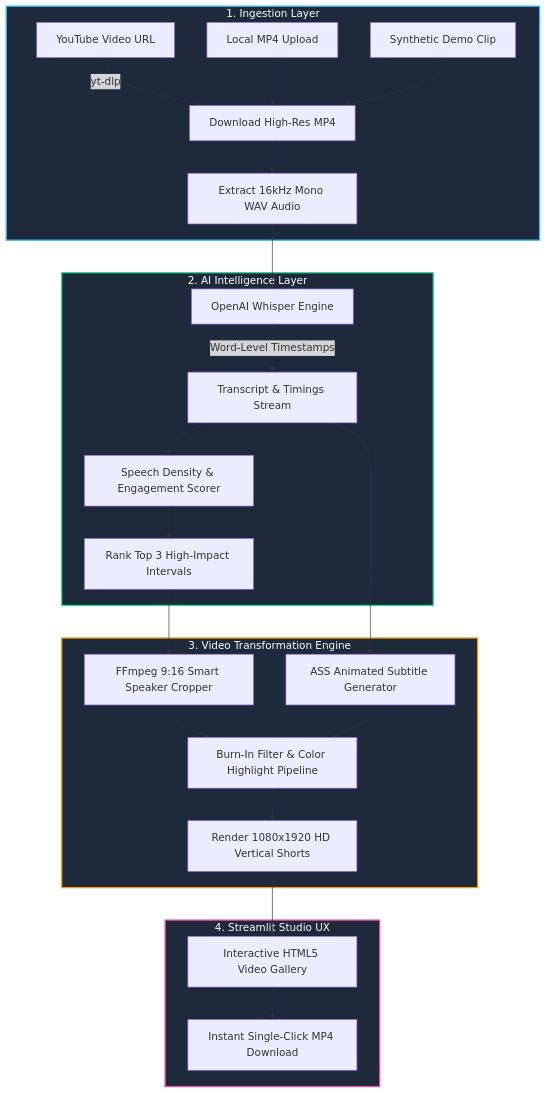
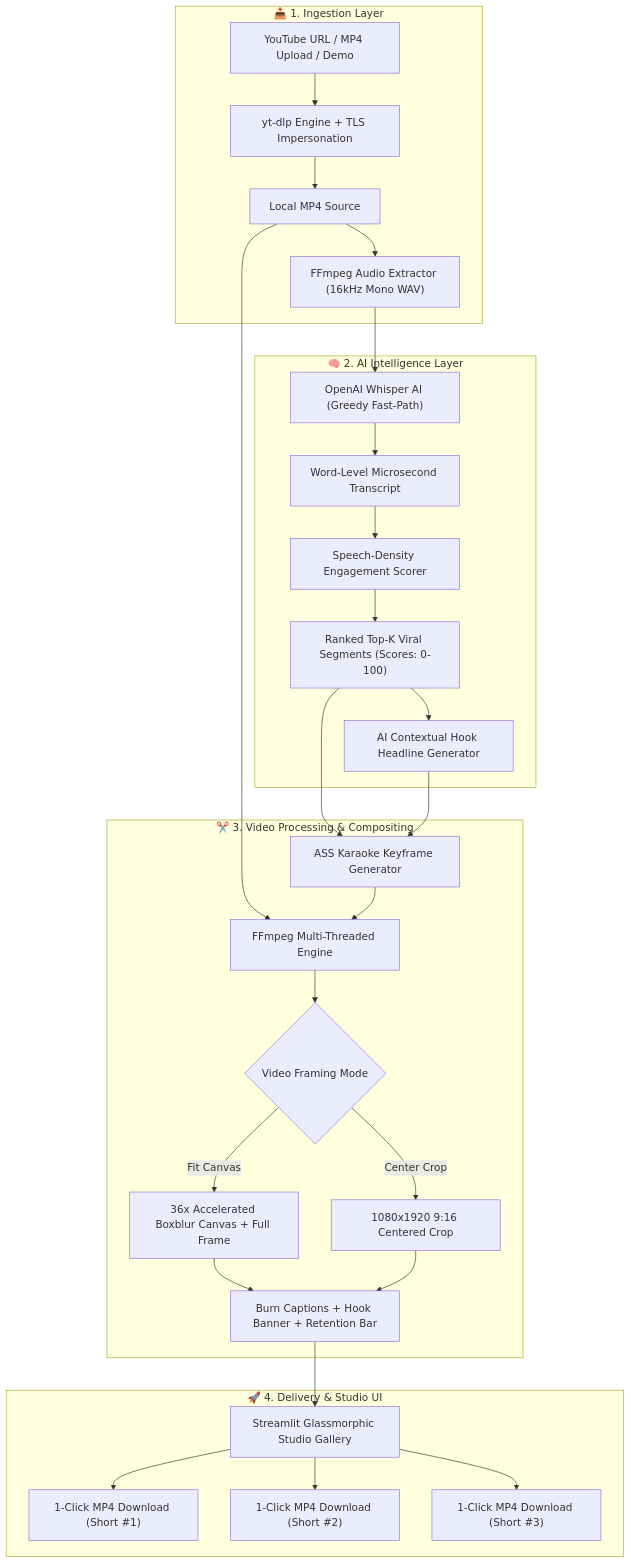
One commit to Anurag-tech22/social-media-autoclipper changed the diagram in README.md. Above: the diagram before and after it, drawn with Mermaid. The commit also changed other lines of this file, not shown here.

Commit message:
docs: upgrade README.md with comprehensive blueprints, architecture diagrams, features and quickstart

````diff
--- a/README.md
+++ b/README.md
@@ -34,33 +56,35 @@
 ```mermaid
 flowchart TD
-    subgraph INGESTION ["1. Ingestion Layer"]
-        A1[YouTube Video URL] -->|yt-dlp| B[Download High-Res MP4]
-        A2[Local MP4 Upload] --> B
-        A3[Synthetic Demo Clip] --> B
-        B --> C[Extract 16kHz Mono WAV Audio]
+    subgraph INGESTION ["📥 1. Ingestion Layer"]
+        U1["YouTube URL / MP4 Upload / Demo"] --> DL["yt-dlp Engine + TLS Impersonation"]
+        DL --> VRAW["Local MP4 Source"]
+        VRAW --> AUD["FFmpeg Audio Extractor (16kHz Mono WAV)"]
     end
 
-    subgraph AI_PIPELINE ["2. AI Intelligence Layer"]
-        C --> D[OpenAI Whisper Engine]
-        D -->|Word-Level Timestamps| E[Transcript & Timings Stream]
-        E --> F[Speech Density & Engagement Scorer]
-        F --> G[Rank Top 3 High-Impact Intervals]
+    subgraph AI_CORE ["🧠 2. AI Intelligence Layer"]
+        AUD --> WHISPER["OpenAI Whisper AI (Greedy Fast-Path)"]
+        WHISPER --> TRANS["Word-Level Microsecond Transcript"]
+        TRANS --> ENGAGE["Speech-Density Engagement Scorer"]
+        ENGAGE --> TOP["Ranked Top-K Viral Segments (Scores: 0-100)"]
+        TOP --> HOOKS["AI Contextual Hook Headline Generator"]
     end
 
-    subgraph RENDERING ["3. Video Transformation Engine"]
-        G --> H[FFmpeg 9:16 Smart Speaker Cropper]
-        E --> I[ASS Animated Subtitle Generator]
-        H & I --> J[Burn-In Filter & Color Highlight Pipeline]
-        J --> K[Render 1080x1920 HD Vertical Shorts]
+    subgraph RENDERING ["✂️ 3. Video Processing & Compositing"]
+        TOP --> ASS["ASS Karaoke Keyframe Generator"]
+        HOOKS --> ASS
+        VRAW --> FFMPEG["FFmpeg Multi-Threaded Engine"]
+        ASS --> FFMPEG
+        FFMPEG --> MODE{"Video Framing Mode"}
+        MODE -->|Fit Canvas| BLUR["36x Accelerated Boxblur Canvas + Full Frame"]
+        MODE -->|Center Crop| CROP["1080x1920 9:16 Centered Crop"]
+        BLUR --> MERGE["Burn Captions + Hook Banner + Retention Bar"]
+        CROP --> MERGE
     end
 
-    subgraph STUDIO_UI ["4. Streamlit Studio UX"]
-        K --> L[Interactive HTML5 Video Gallery]
-        L --> M[Instant Single-Click MP4 Download]
+    subgraph OUTPUT ["🚀 4. Delivery & Studio UI"]
+        MERGE --> GALLERY["Streamlit Glassmorphic Studio Gallery"]
+        GALLERY --> D1["1-Click MP4 Download (Short #1)"]
+        GALLERY --> D2["1-Click MP4 Download (Short #2)"]
+        GALLERY --> D3["1-Click MP4 Download (Short #3)"]
     end
-
-    style INGESTION fill:#1e293b,stroke:#38bdf8,stroke-width:2px,color:#fff
-    style AI_PIPELINE fill:#1e293b,stroke:#34d399,stroke-width:2px,color:#fff
-    style RENDERING fill:#1e293b,stroke:#f59e0b,stroke-width:2px,color:#fff
-    style STUDIO_UI fill:#1e293b,stroke:#ec4899,stroke-width:2px,color:#fff
 ```
````
